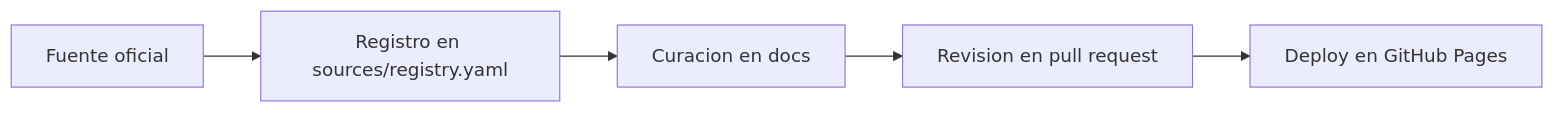
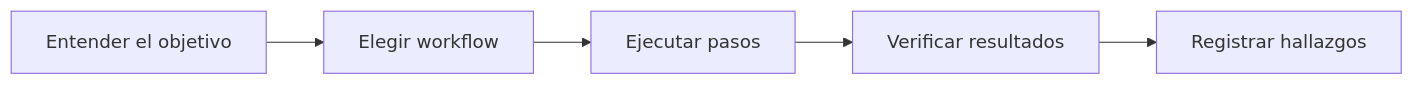
One commit to GianlucaZinni/own-claude-code-docs changed the diagram in docs/workflows.md. Above: the diagram before and after it, drawn with Mermaid. The commit also changed other lines of this file and 37 other files, not shown here.

````diff
--- a/docs/workflows.md
+++ b/docs/workflows.md
@@ -11,7 +26,7 @@
 ```mermaid
 flowchart LR
-    A[Fuente oficial] --> B[Registro en sources/registry.yaml]
-    B --> C[Curacion en docs]
-    C --> D[Revision en pull request]
-    D --> E[Deploy en GitHub Pages]
+    A[Entender el objetivo] --> B[Elegir workflow]
+    B --> C[Ejecutar pasos]
+    C --> D[Verificar resultados]
+    D --> E[Registrar hallazgos]
 ```
````
